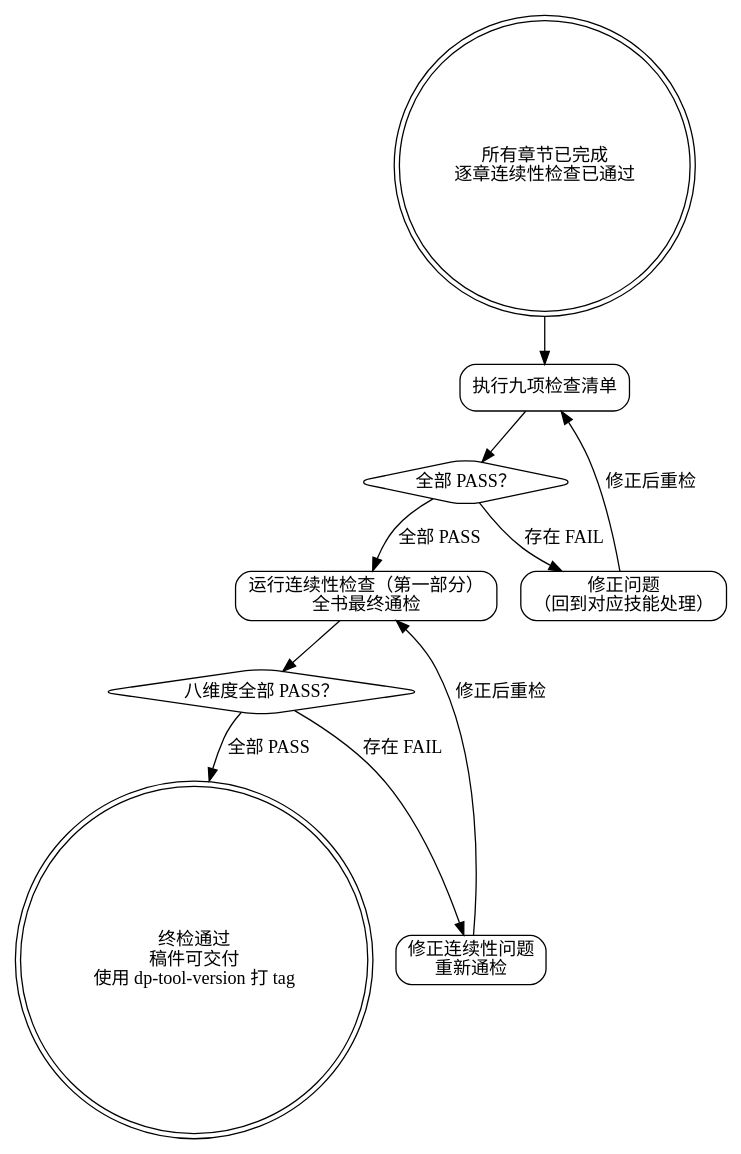
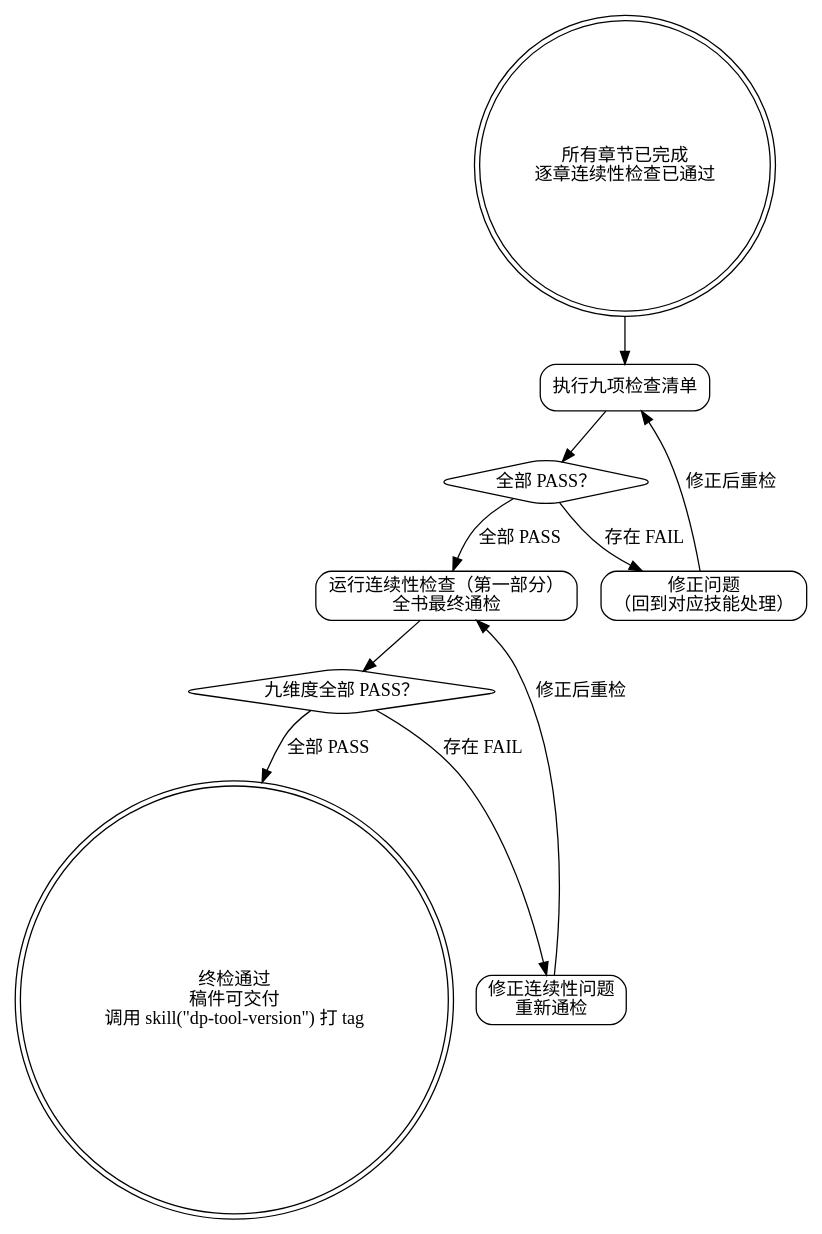
One commit to skyfiredao/dreampowers changed the fourth of 4 diagrams in skills/dp-review-consistency/SKILL.md. Above: the diagram before and after it, drawn with Graphviz. The commit also changed other lines of this file and 10 other files, not shown here.

````diff
--- a/skills/dp-review-consistency/SKILL.md
+++ b/skills/dp-review-consistency/SKILL.md
@@ -770,23 +790,23 @@
 ```dot
 digraph finishing_review {
     rankdir=TB;
     node [shape=box, style=rounded, fontname="PingFang SC"];
     start [label="所有章节已完成\n逐章连续性检查已通过" shape=doublecircle];
     checklist [label="执行九项检查清单"];
     checklist_pass [label="全部 PASS？" shape=diamond];
     fix_issues [label="修正问题\n（回到对应技能处理）"];
     final_cc [label="运行连续性检查（第一部分）\n全书最终通检"];
-    cc_pass [label="八维度全部 PASS？" shape=diamond];
+    cc_pass [label="九维度全部 PASS？" shape=diamond];
     fix_cc [label="修正连续性问题\n重新通检"];
-    done [label="终检通过\n稿件可交付\n使用 dp-tool-version 打 tag" shape=doublecircle];
+    done [label="终检通过\n稿件可交付\n调用 skill(\"dp-tool-version\") 打 tag" shape=doublecircle];
     start -> checklist;
     checklist -> checklist_pass;
     checklist_pass -> final_cc [label="全部 PASS"];
     checklist_pass -> fix_issues [label="存在 FAIL"];
     fix_issues -> checklist [label="修正后重检"];
     final_cc -> cc_pass;
     cc_pass -> done [label="全部 PASS"];
     cc_pass -> fix_cc [label="存在 FAIL"];
     fix_cc -> final_cc [label="修正后重检"];
 }
 ```
````
